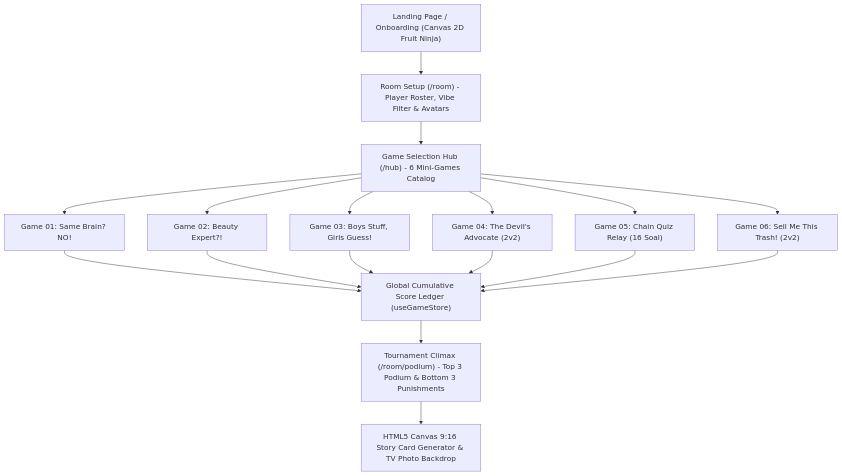
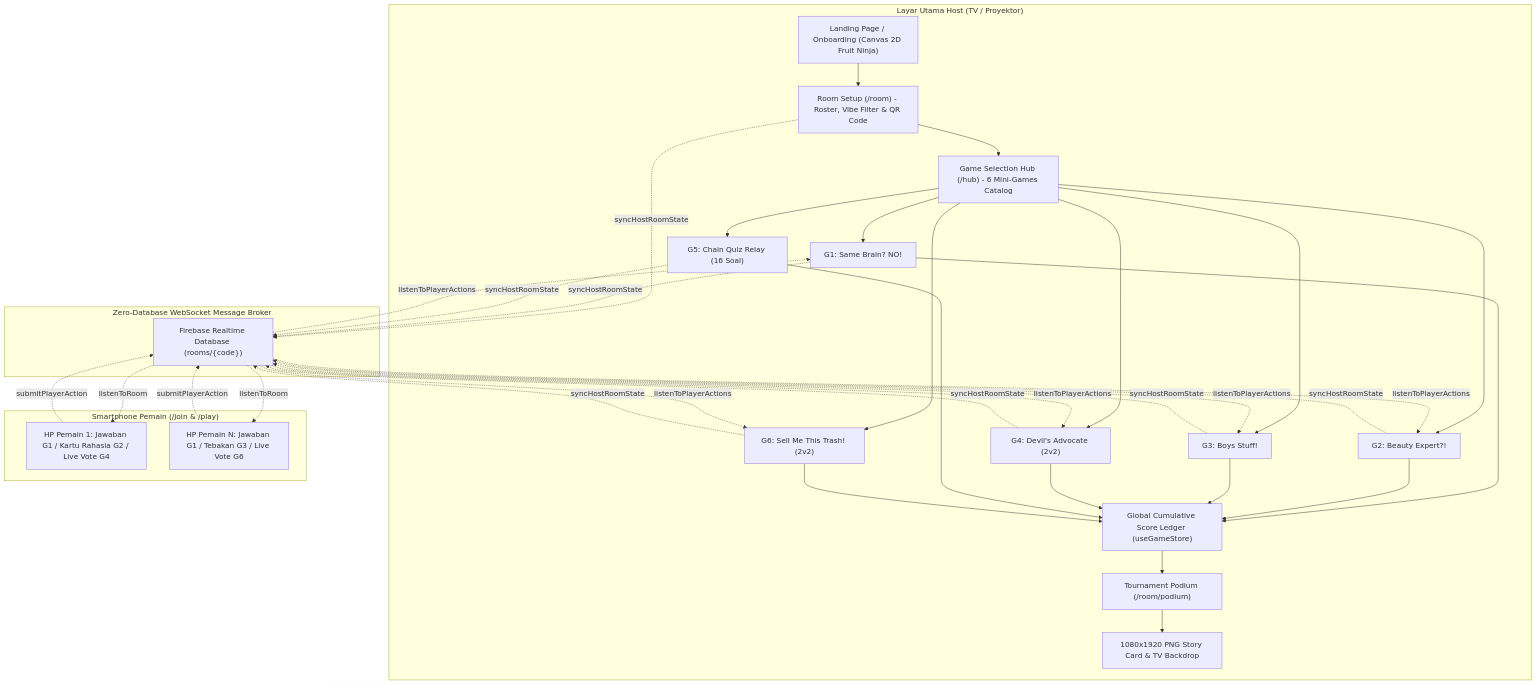
The diagram in docs/PRD_PARTYHUB_PRODUCTION.md (anothersunrisee/boardgames), drawn with Mermaid before and after one commit. The commit also changed other lines of this file, not shown here.

Commit message:
docs: align PRD with PartyHub hybrid multi-device architecture, Vibe Filter, and Option 3 specs

````diff
--- a/docs/PRD_PARTYHUB_PRODUCTION.md
+++ b/docs/PRD_PARTYHUB_PRODUCTION.md
@@ -103,14 +132,31 @@
 ```mermaid
 graph TD
-    A["Landing Page / Onboarding (Canvas 2D Fruit Ninja)"] --> B["Room Setup (/room) - Player Roster, Vibe Filter & Avatars"]
-    B --> C["Game Selection Hub (/hub) - 6 Mini-Games Catalog"]
-    C --> D1["Game 01: Same Brain? NO!"]
-    C --> D2["Game 02: Beauty Expert?!"]
-    C --> D3["Game 03: Boys Stuff, Girls Guess!"]
-    C --> D4["Game 04: The Devil's Advocate (2v2)"]
-    C --> D5["Game 05: Chain Quiz Relay (16 Soal)"]
-    C --> D6["Game 06: Sell Me This Trash! (2v2)"]
-    D1 & D2 & D3 & D4 & D5 & D6 --> E["Global Cumulative Score Ledger (useGameStore)"]
-    E --> F["Tournament Climax (/room/podium) - Top 3 Podium & Bottom 3 Punishments"]
-    F --> G["HTML5 Canvas 9:16 Story Card Generator & TV Photo Backdrop"]
+    subgraph HostTV ["Layar Utama Host (TV / Proyektor)"]
+        A["Landing Page / Onboarding (Canvas 2D Fruit Ninja)"] --> B["Room Setup (/room) - Roster, Vibe Filter & QR Code"]
+        B --> C["Game Selection Hub (/hub) - 6 Mini-Games Catalog"]
+        C --> D1["G1: Same Brain? NO!"]
+        C --> D2["G2: Beauty Expert?!"]
+        C --> D3["G3: Boys Stuff!"]
+        C --> D4["G4: Devil's Advocate (2v2)"]
+        C --> D5["G5: Chain Quiz Relay (16 Soal)"]
+        C --> D6["G6: Sell Me This Trash! (2v2)"]
+        D1 & D2 & D3 & D4 & D5 & D6 --> E["Global Cumulative Score Ledger (useGameStore)"]
+        E --> F["Tournament Podium (/room/podium)"]
+        F --> G["1080x1920 PNG Story Card & TV Backdrop"]
+    end
+
+    subgraph FirebaseRTDB ["Zero-Database WebSocket Message Broker"]
+        FB["Firebase Realtime Database (rooms/{code})"]
+    end
+
+    subgraph MobileController ["Smartphone Pemain (/join & /play)"]
+        P1["HP Pemain 1: Jawaban G1 / Kartu Rahasia G2 / Live Vote G4"]
+        PN["HP Pemain N: Jawaban G1 / Tebakan G3 / Live Vote G6"]
+    end
+
+    B -.->|syncHostRoomState| FB
+    D1 & D2 & D3 & D4 & D5 & D6 -.->|syncHostRoomState| FB
+    FB -.->|listenToRoom| P1 & PN
+    P1 & PN -.->|submitPlayerAction| FB
+    FB -.->|listenToPlayerActions| D1 & D2 & D3 & D4 & D6
 ```
````
